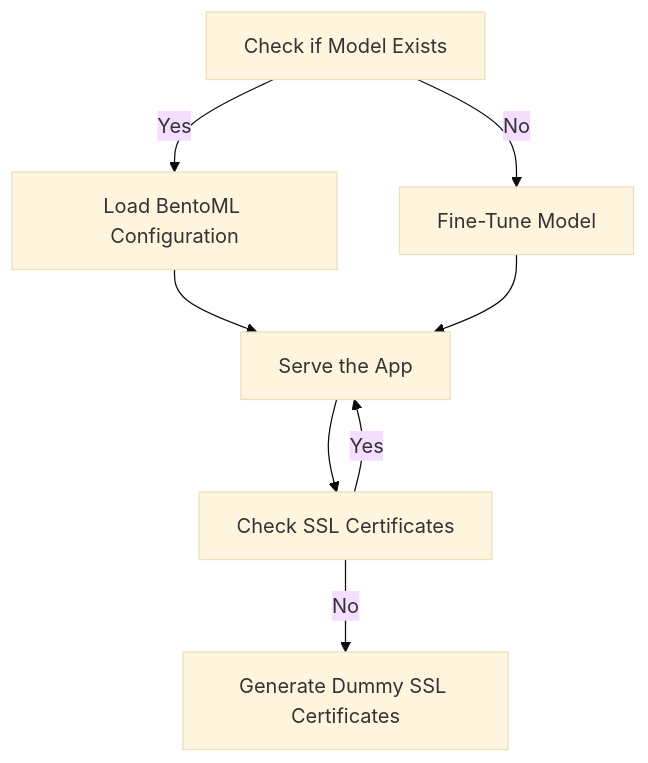
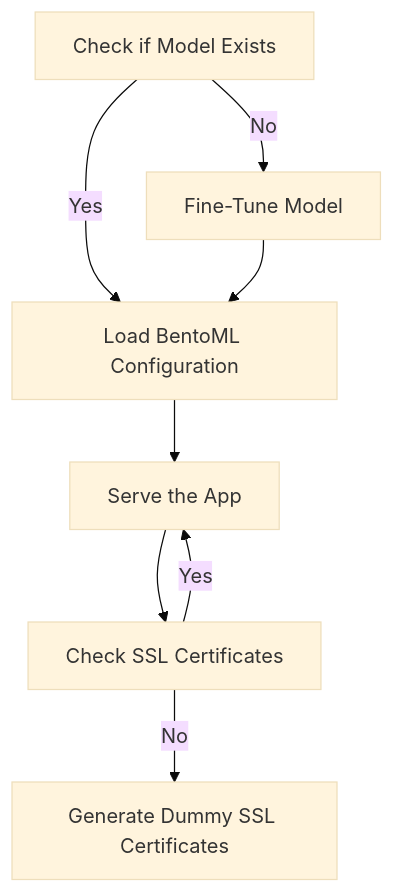
One commit to egpivo/llmchatbot changed the diagram in README.md. Above: the diagram before and after it, drawn with Mermaid (base theme). The commit also changed other lines of this file, not shown here.

````diff
--- a/README.md
+++ b/README.md
@@ -19,17 +19,18 @@
 ```mermaid
 graph TD
   A[Check if Model Exists]
   B[Fine-Tune Model]
-  C[Serve the App]
-  D[Check SSL Certificates]
-  E[Generate Dummy SSL Certificates]
-  F[Load BentoML Configuration]
+  C[Load BentoML Configuration]
+  D[Serve the App]
+  E[Check SSL Certificates]
+  F[Generate Dummy SSL Certificates]
+
+  A -- Yes --> C
   A -- No --> B
-  A -- Yes --> F
-  F --> C
   B --> C
   C --> D
-  D -- No --> E
-  D -- Yes --> C
+  D --> E
+  E -- No --> F
+  E -- Yes --> D
 
 ```
````
